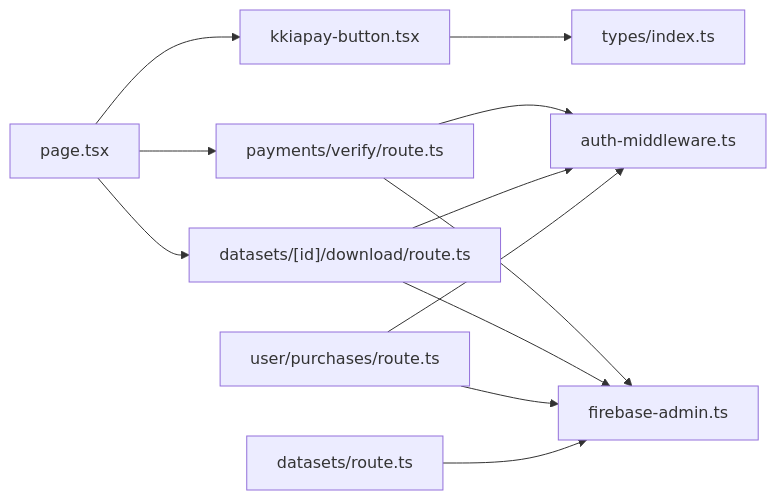
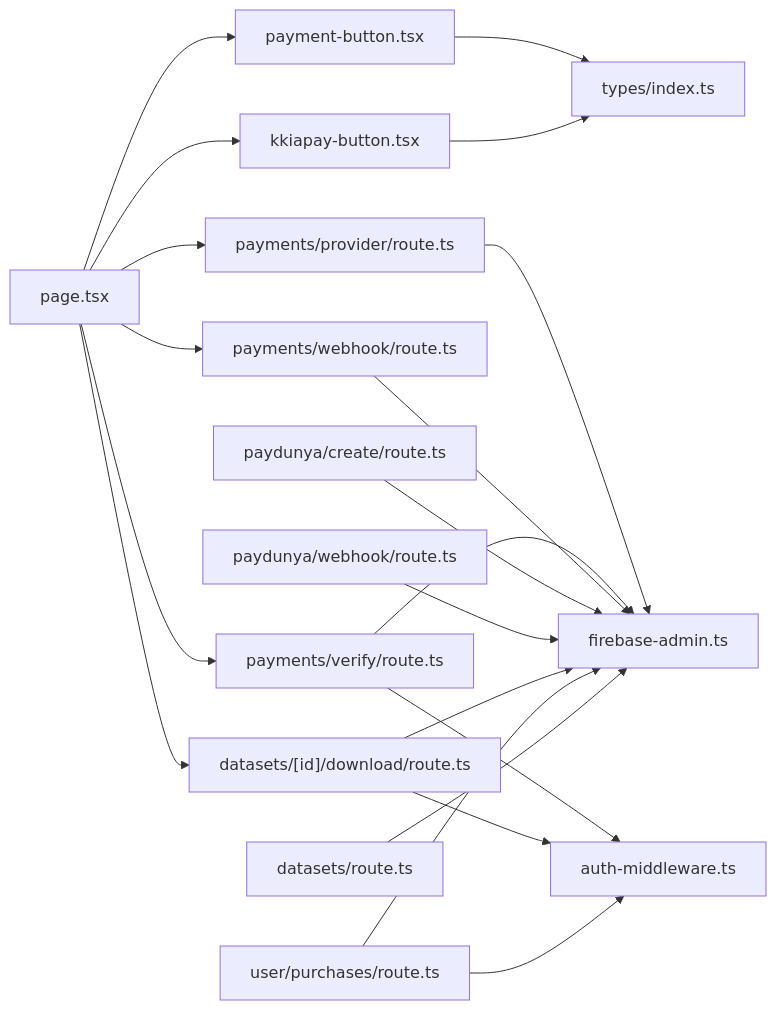
One commit to alikizang/datafrica changed the seventh of 7 diagrams in .qoder/repowiki/en/content/Payment System/Payment System.md. Above: the diagram before and after it, drawn with Mermaid. The commit also changed other lines of this file and 21 other files, not shown here.

````diff
--- a/.qoder/repowiki/en/content/Payment System/Payment System.md
+++ b/.qoder/repowiki/en/content/Payment System/Payment System.md
@@ -328,14 +593,22 @@
 ```mermaid
 graph LR
-BTN["kkiapay-button.tsx"] --> TYPES["types/index.ts"]
+BTN["payment-button.tsx"] --> TYPES["types/index.ts"]
+LEGACY["kkiapay-button.tsx"] --> TYPES
 PAGE["page.tsx"] --> BTN
+PAGE --> LEGACY
+PAGE --> PROVIDER["payments/provider/route.ts"]
 PAGE --> VERIFY["payments/verify/route.ts"]
+PAGE --> WEBHOOK["payments/webhook/route.ts"]
 PAGE --> DOWNLOAD["datasets/[id]/download/route.ts"]
+PROVIDER --> ADMIN["admin/payment-settings/route.ts"]
 VERIFY --> AUTH["auth-middleware.ts"]
 VERIFY --> ADMIN["firebase-admin.ts"]
+WEBHOOK --> ADMIN
+PD_CREATE["paydunya/create/route.ts"] --> ADMIN
+PD_WEBHOOK["paydunya/webhook/route.ts"] --> ADMIN
 DOWNLOAD --> AUTH
 DOWNLOAD --> ADMIN
 PURCH["user/purchases/route.ts"] --> AUTH
 PURCH --> ADMIN
 LIST["datasets/route.ts"] --> ADMIN
 ```
````
